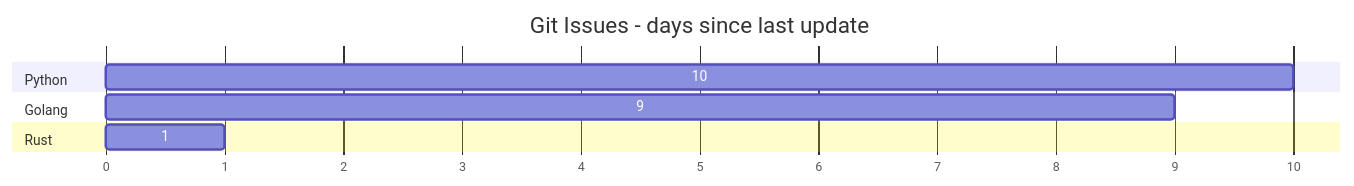
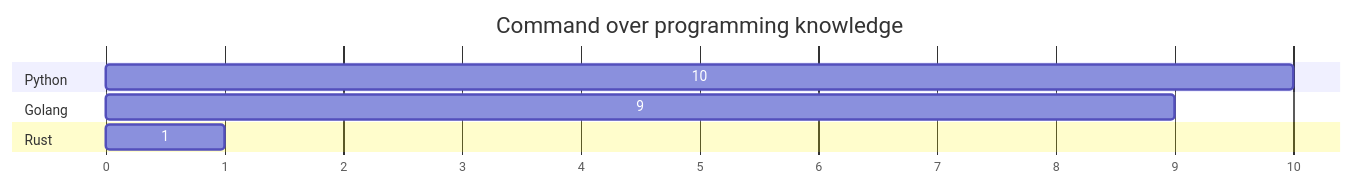
The diagram in README.md (dev-hack95/dev-hack95), drawn with Mermaid before and after one commit.

````diff
--- a/README.md
+++ b/README.md
@@ -31,13 +31,13 @@
 ```mermaid
 gantt
-    title Git Issues - days since last update
+    title Command over programming knowledge
     dateFormat  X
     axisFormat %s
 
     section Python
     10   : 0, 10
     section Golang
     9   : 0, 9
     section Rust
     1   : 0, 1
 ```
````
